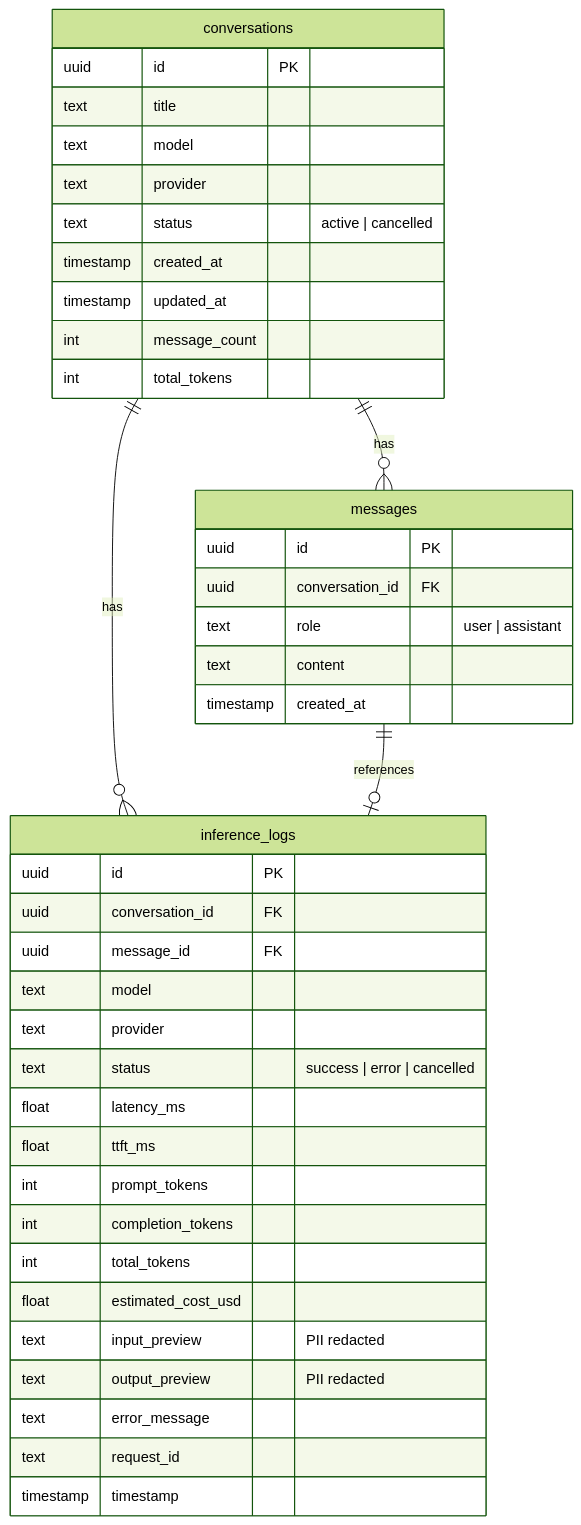
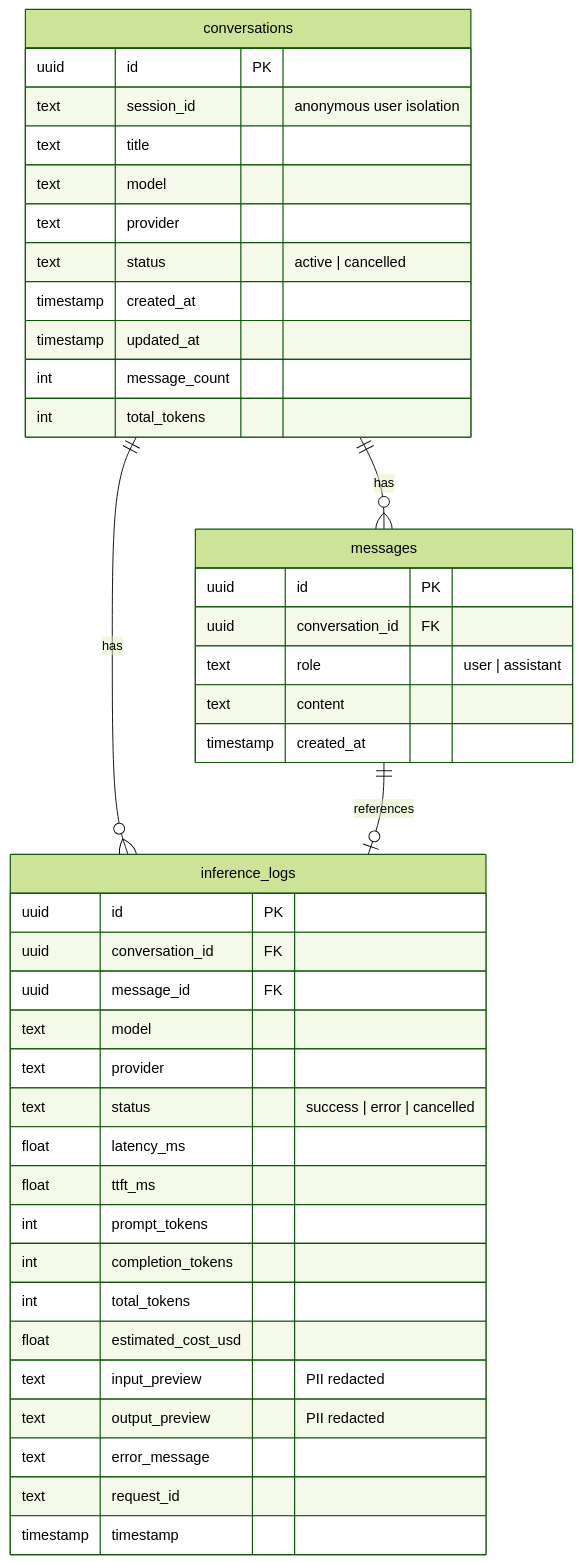
One commit to hemanth-1321/chat-olive changed the third of 3 diagrams in README.md. Above: the diagram before and after it, drawn with Mermaid (forest theme). The commit also changed other lines of this file and 8 other files, not shown here.

````diff
--- a/README.md
+++ b/README.md
@@ -187,43 +187,44 @@
 ```mermaid
 erDiagram
     conversations {
         uuid id PK
+        text session_id "anonymous user isolation"
         text title
         text model
         text provider
         text status "active | cancelled"
         timestamp created_at
         timestamp updated_at
         int message_count
         int total_tokens
     }
     messages {
         uuid id PK
         uuid conversation_id FK
         text role "user | assistant"
         text content
         timestamp created_at
     }
     inference_logs {
         uuid id PK
         uuid conversation_id FK
         uuid message_id FK
         text model
         text provider
         text status "success | error | cancelled"
         float latency_ms
         float ttft_ms
         int prompt_tokens
         int completion_tokens
         int total_tokens
         float estimated_cost_usd
         text input_preview "PII redacted"
         text output_preview "PII redacted"
         text error_message
         text request_id
         timestamp timestamp
     }
     conversations ||--o{ messages : has
     conversations ||--o{ inference_logs : has
     messages ||--o| inference_logs : references
 ```
````
